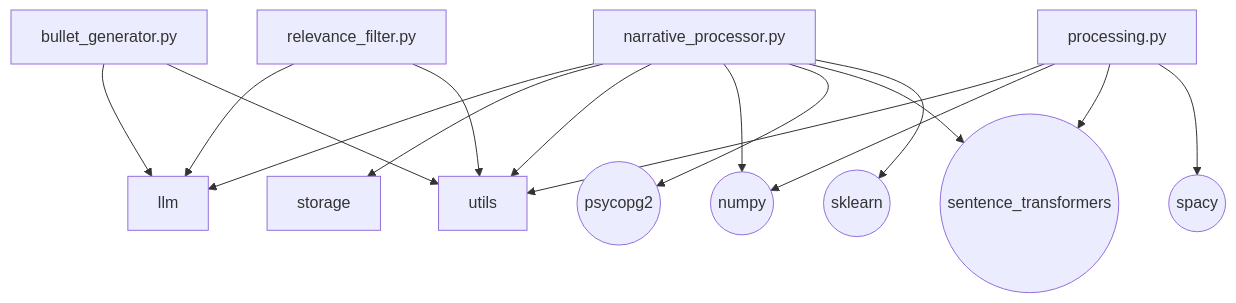
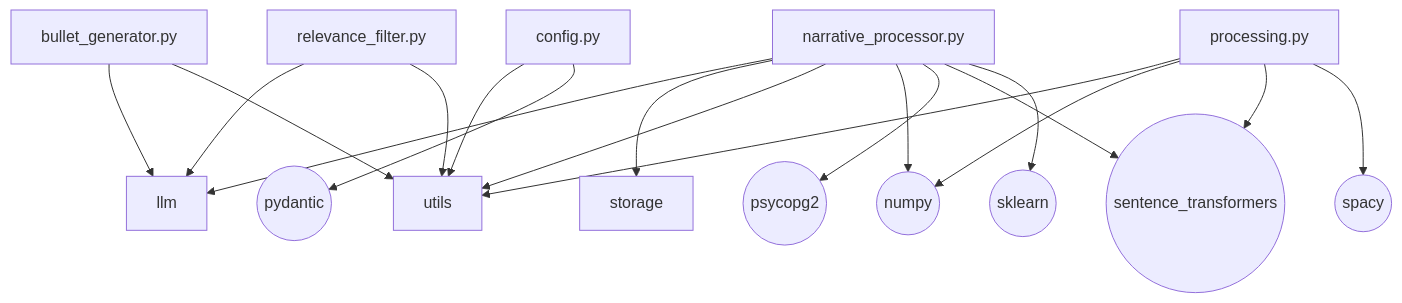
One commit to TommasoFazzi/MACROINTEL changed the fourth of 6 diagrams in docs/generated/imports.md. Above: the diagram before and after it, drawn with Mermaid. The commit also changed other lines of this file, not shown here.

Commit message:
docs(auto): update Python import graph [skip ci]

````diff
--- a/docs/generated/imports.md
+++ b/docs/generated/imports.md
@@ -194,28 +195,32 @@
 ```mermaid
 flowchart TD
     bullet_generator["bullet_generator.py"]
+    config["config.py"]
     narrative_processor["narrative_processor.py"]
     processing["processing.py"]
     relevance_filter["relevance_filter.py"]
     EXT_numpy(("numpy"))
     EXT_psycopg2(("psycopg2"))
+    EXT_pydantic(("pydantic"))
     EXT_sentence_transformers(("sentence_transformers"))
     EXT_sklearn(("sklearn"))
     EXT_spacy(("spacy"))
 
     bullet_generator --> llm
     bullet_generator --> utils
+    config --> utils
     narrative_processor --> llm
     narrative_processor --> storage
     narrative_processor --> utils
     processing --> utils
     relevance_filter --> llm
     relevance_filter --> utils
+    config --> EXT_pydantic
     narrative_processor --> EXT_numpy
     narrative_processor --> EXT_psycopg2
     narrative_processor --> EXT_sentence_transformers
     narrative_processor --> EXT_sklearn
     processing --> EXT_numpy
     processing --> EXT_sentence_transformers
     processing --> EXT_spacy
 ```
````
